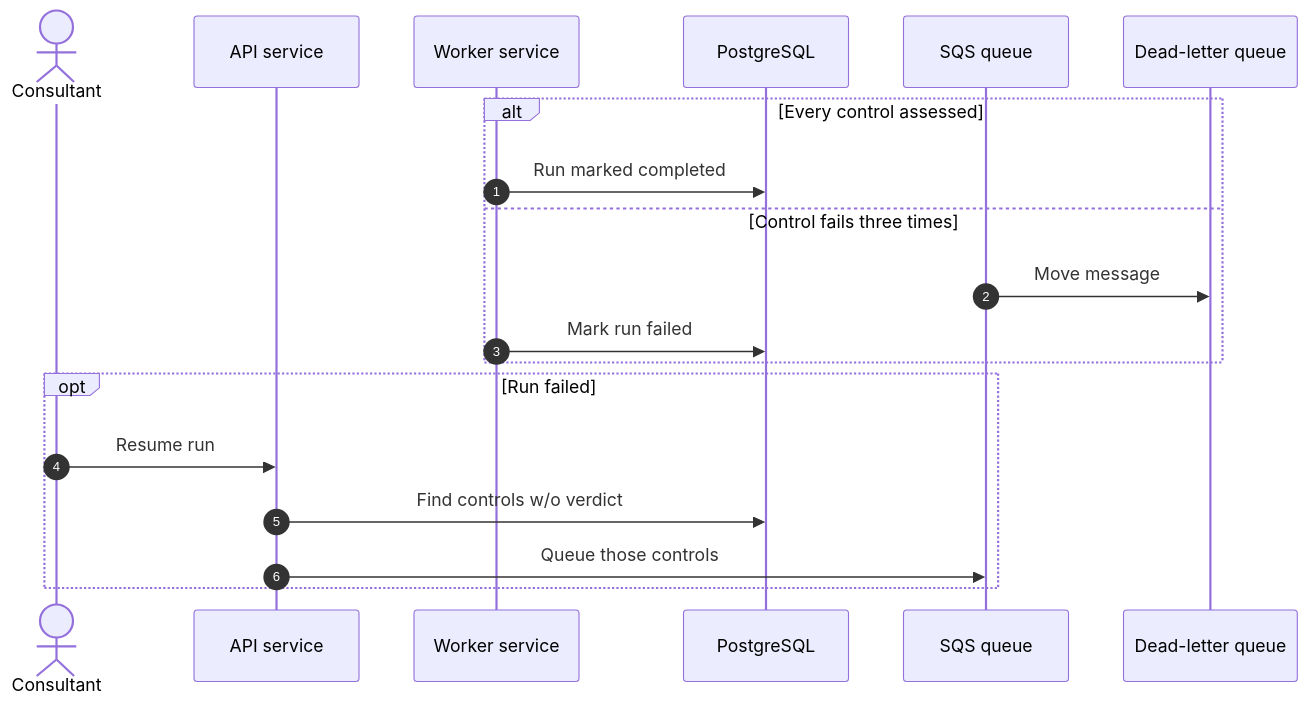
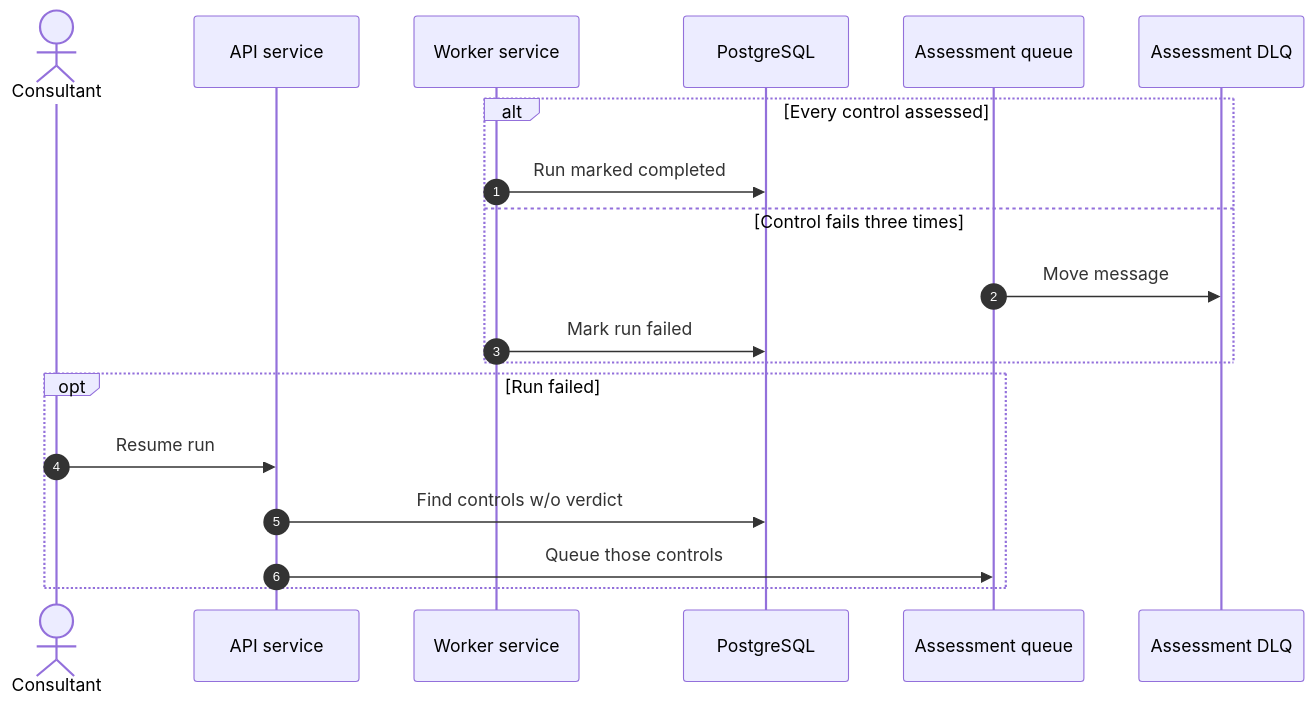
Before and after one commit to DavidRHannah/compliance: the ninth of 26 diagrams in README.md, drawn with Mermaid. The commit also changed other lines of this file and 1 other file, not shown here.

Commit message:
System context diagram & small sequence diagram updates.

````diff
--- a/README.md
+++ b/README.md
@@ -232,23 +232,23 @@
 ```mermaid
 sequenceDiagram
         autonumber
         actor u as Consultant
         participant api as API service 
         participant w as Worker service 
         participant db as PostgreSQL
-        participant q as SQS queue
-        participant dlq as Dead-letter queue
+        participant q as Assessment queue
+        participant dlq as Assessment DLQ
 
         alt Every control assessed
             w->>db: Run marked completed
         else Control fails three times
             q->>dlq: Move message
             w->>db: Mark run failed
         end
 
         opt Run failed
             u->>api: Resume run
             api->>db: Find controls w/o verdict
             api->>q: Queue those controls
         end
 ```
````
